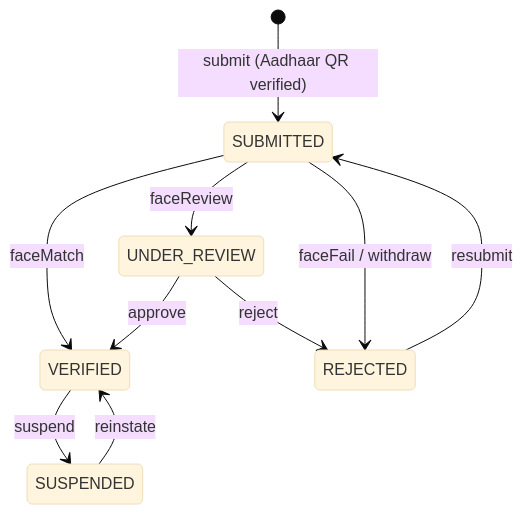
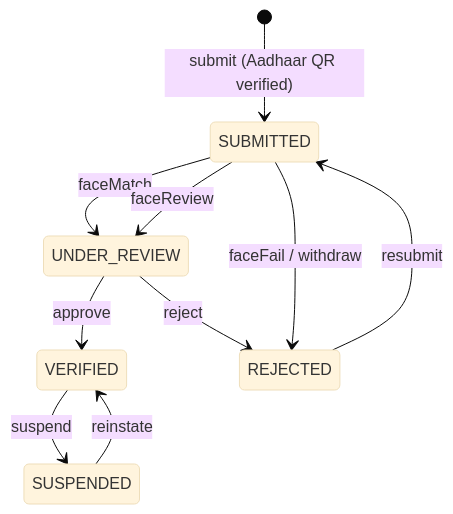
The third of 3 diagrams in docs/state-machines.md (24Chessman/ZeoAuction), drawn with Mermaid (base theme) before and after one commit. The commit also changed other lines of this file and 11 other files, not shown here.

````diff
--- a/docs/state-machines.md
+++ b/docs/state-machines.md
@@ -141,12 +141,12 @@
 ```mermaid
 stateDiagram-v2
     [*] --> SUBMITTED: submit (Aadhaar QR verified)
-    SUBMITTED --> VERIFIED: faceMatch
+    SUBMITTED --> UNDER_REVIEW: faceMatch
     SUBMITTED --> UNDER_REVIEW: faceReview
     SUBMITTED --> REJECTED: faceFail / withdraw
     UNDER_REVIEW --> VERIFIED: approve
     UNDER_REVIEW --> REJECTED: reject
     REJECTED --> SUBMITTED: resubmit
     VERIFIED --> SUSPENDED: suspend
     SUSPENDED --> VERIFIED: reinstate
 ```
````
